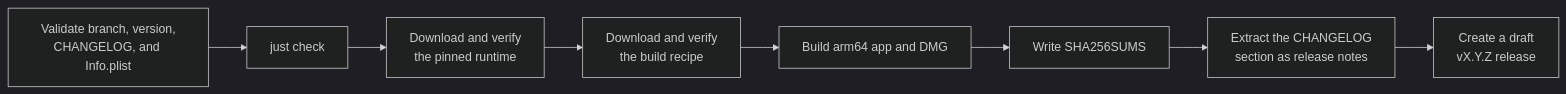
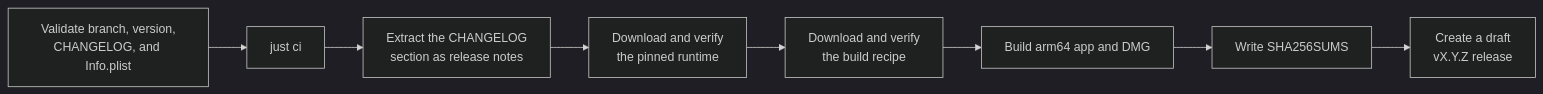
One commit to LuMiSxh/Arknights-MacOS-Client changed the diagram in docs/releases-and-updates.md. Above: the diagram before and after it, drawn with Mermaid (dark theme). The commit also changed 45 other files, not shown here.

````diff
--- a/docs/releases-and-updates.md
+++ b/docs/releases-and-updates.md
@@ -21,10 +21,10 @@
 ```mermaid
 flowchart LR
-	Check["Validate branch, version,<br/>CHANGELOG, and Info.plist"] --> Test[just check]
-	Test --> Runtime["Download and verify<br/>the pinned runtime"]
+	Check["Validate branch, version,<br/>CHANGELOG, and Info.plist"] --> Test[just ci]
+	Test --> Notes["Extract the CHANGELOG<br/>section as release notes"]
+	Notes --> Runtime["Download and verify<br/>the pinned runtime"]
 	Runtime --> Recipe["Download and verify<br/>the build recipe"]
 	Recipe --> Build[Build arm64 app and DMG]
 	Build --> Sums[Write SHA256SUMS]
-	Sums --> Notes["Extract the CHANGELOG<br/>section as release notes"]
-	Notes --> Draft["Create a draft<br/>vX.Y.Z release"]
+	Sums --> Draft["Create a draft<br/>vX.Y.Z release"]
 ```
````
